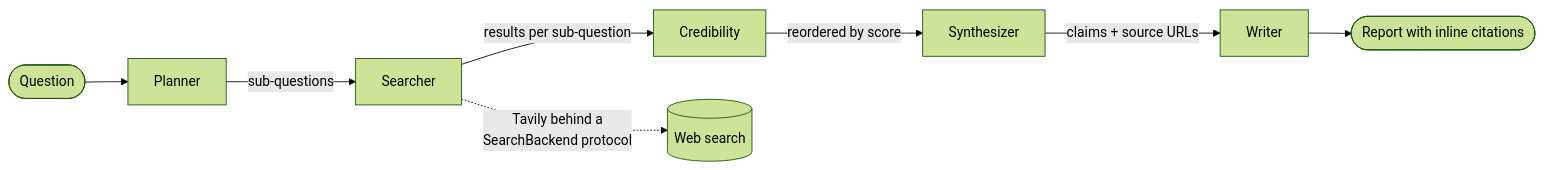
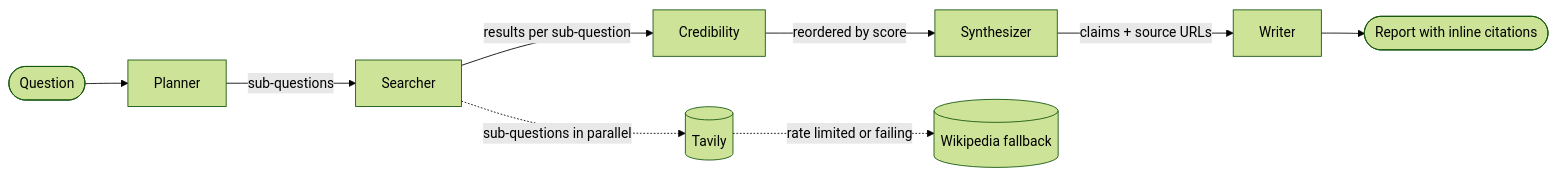
One commit to chiransh/evidence-agent changed the first of 2 diagrams in README.md. Above: the diagram before and after it, drawn with Mermaid (forest theme). The commit also changed other lines of this file and 10 other files, not shown here.

````diff
--- a/README.md
+++ b/README.md
@@ -15,11 +15,12 @@
 ```mermaid
 flowchart LR
     Q([Question]) --> P[Planner]
     P -->|sub-questions| S[Searcher]
     S -->|results per sub-question| C[Credibility]
     C -->|reordered by score| SY[Synthesizer]
     SY -->|claims + source URLs| W[Writer]
     W --> R([Report with inline citations])
 
-    S -.->|Tavily behind a<br/>SearchBackend protocol| EXT[(Web search)]
+    S -.->|sub-questions in parallel| TV[(Tavily)]
+    TV -.->|rate limited or failing| WK[(Wikipedia fallback)]
 ```
````
